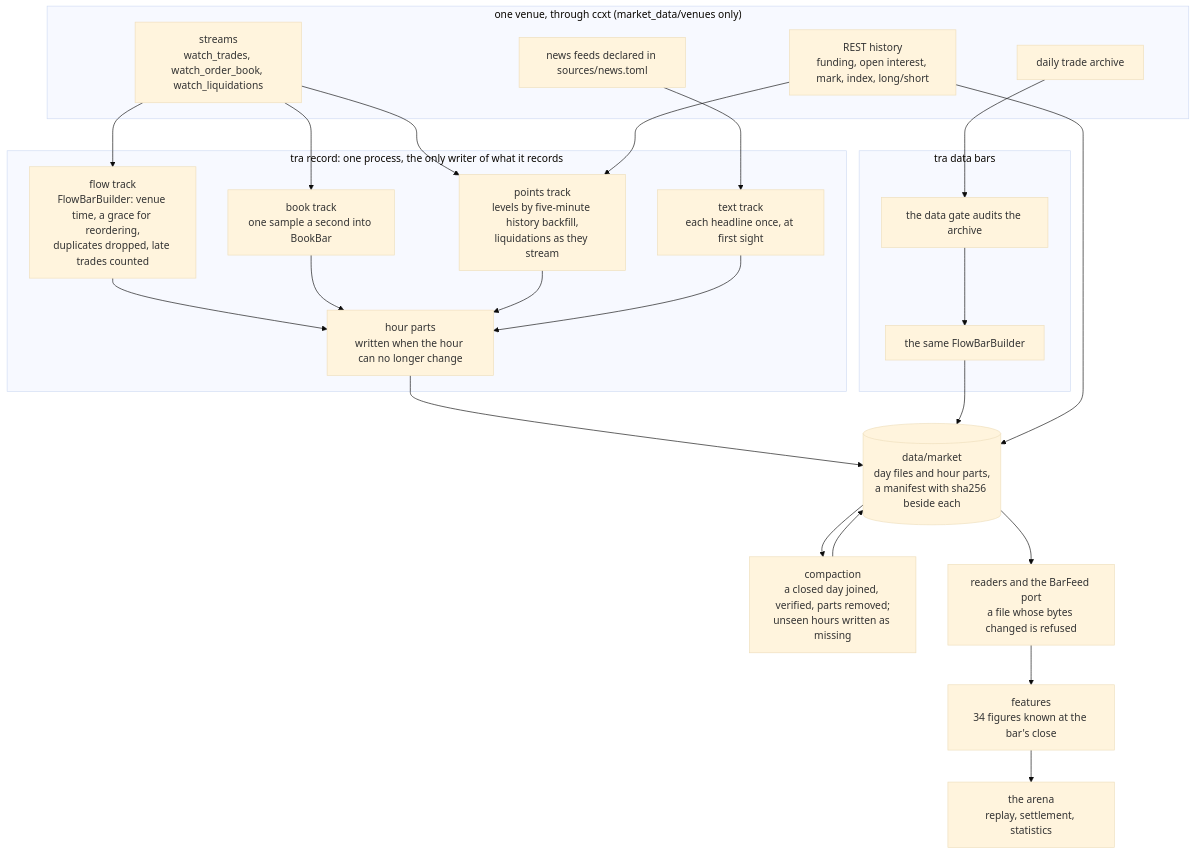
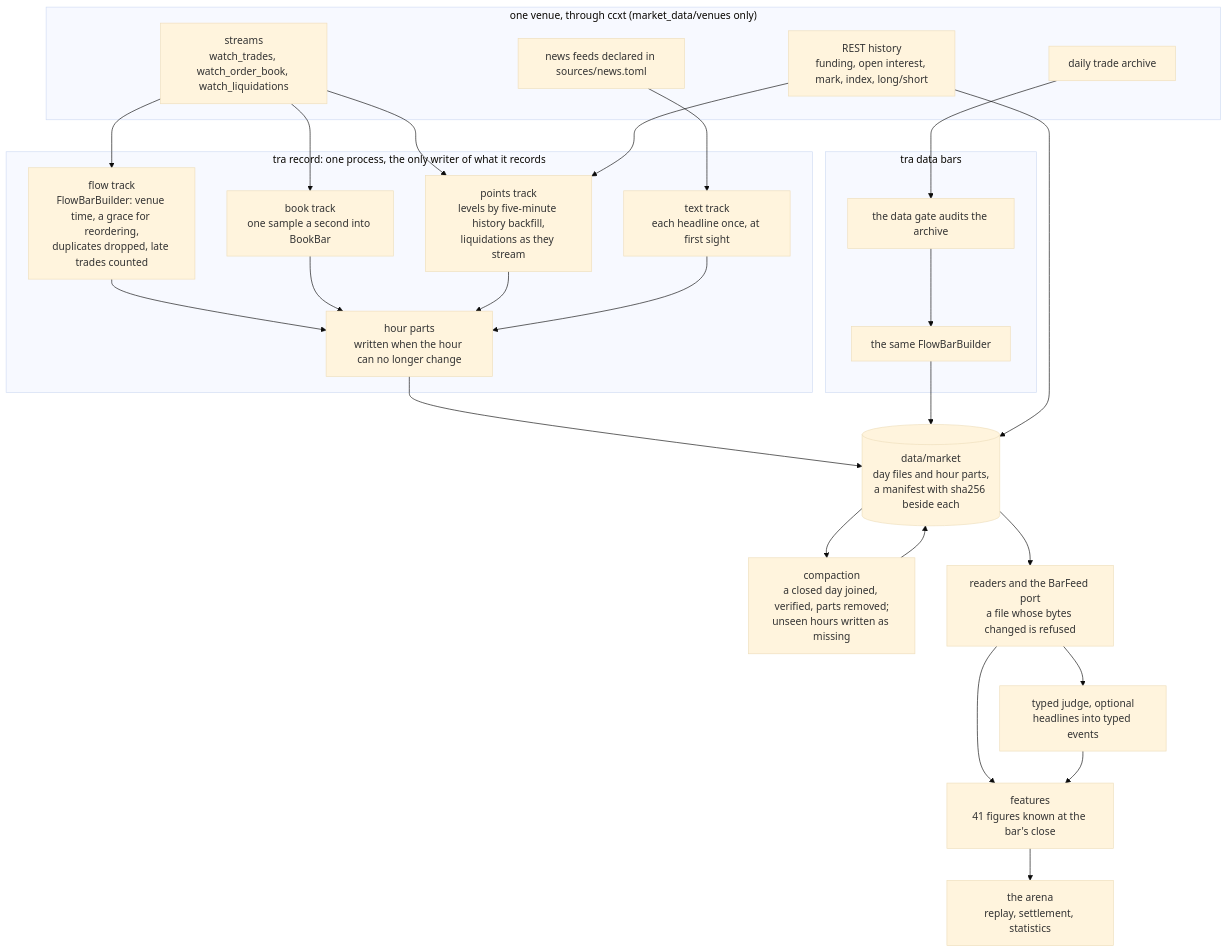
Before and after one commit to BijectiveLabs/bitra: the first of 3 diagrams in docs/opensource/architecture.md, drawn with Mermaid (base theme). The commit also changed other lines of this file and 5 other files, not shown here.

Commit message:
Docs: the typed judge, text events and the 41 features

````diff
--- a/docs/opensource/architecture.md
+++ b/docs/opensource/architecture.md
@@ -138,39 +139,41 @@
 ```mermaid
 flowchart TB
     subgraph venue["one venue, through ccxt (market_data/venues only)"]
         ws["streams<br/>watch_trades, watch_order_book, watch_liquidations"]
         hist["REST history<br/>funding, open interest, mark, index, long/short"]
         daily["daily trade archive"]
         news["news feeds declared in sources/news.toml"]
     end
     subgraph recorder["tra record: one process, the only writer of what it records"]
         flow["flow track<br/>FlowBarBuilder: venue time, a grace for reordering,<br/>duplicates dropped, late trades counted"]
         book["book track<br/>one sample a second into BookBar"]
         points["points track<br/>levels by five-minute history backfill,<br/>liquidations as they stream"]
         text["text track<br/>each headline once, at first sight"]
         hours["hour parts<br/>written when the hour can no longer change"]
     end
     subgraph backfill["tra data bars"]
         audit["the data gate audits the archive"]
         builder["the same FlowBarBuilder"]
     end
     archive[("data/market<br/>day files and hour parts,<br/>a manifest with sha256 beside each")]
     compact["compaction<br/>a closed day joined, verified, parts removed;<br/>unseen hours written as missing"]
     readers["readers and the BarFeed port<br/>a file whose bytes changed is refused"]
-    features["features<br/>34 figures known at the bar's close"]
+    judge["typed judge, optional<br/>headlines into typed events"]
+    features["features<br/>41 figures known at the bar's close"]
     arena["the arena<br/>replay, settlement, statistics"]
     ws --> flow
     ws --> book
     ws --> points
     hist --> points
     news --> text
     flow --> hours
     book --> hours
     points --> hours
     text --> hours
     hours --> archive
     daily --> audit --> builder --> archive
     hist --> archive
     archive --> compact --> archive
     archive --> readers --> features --> arena
+    readers --> judge --> features
 ```
````
